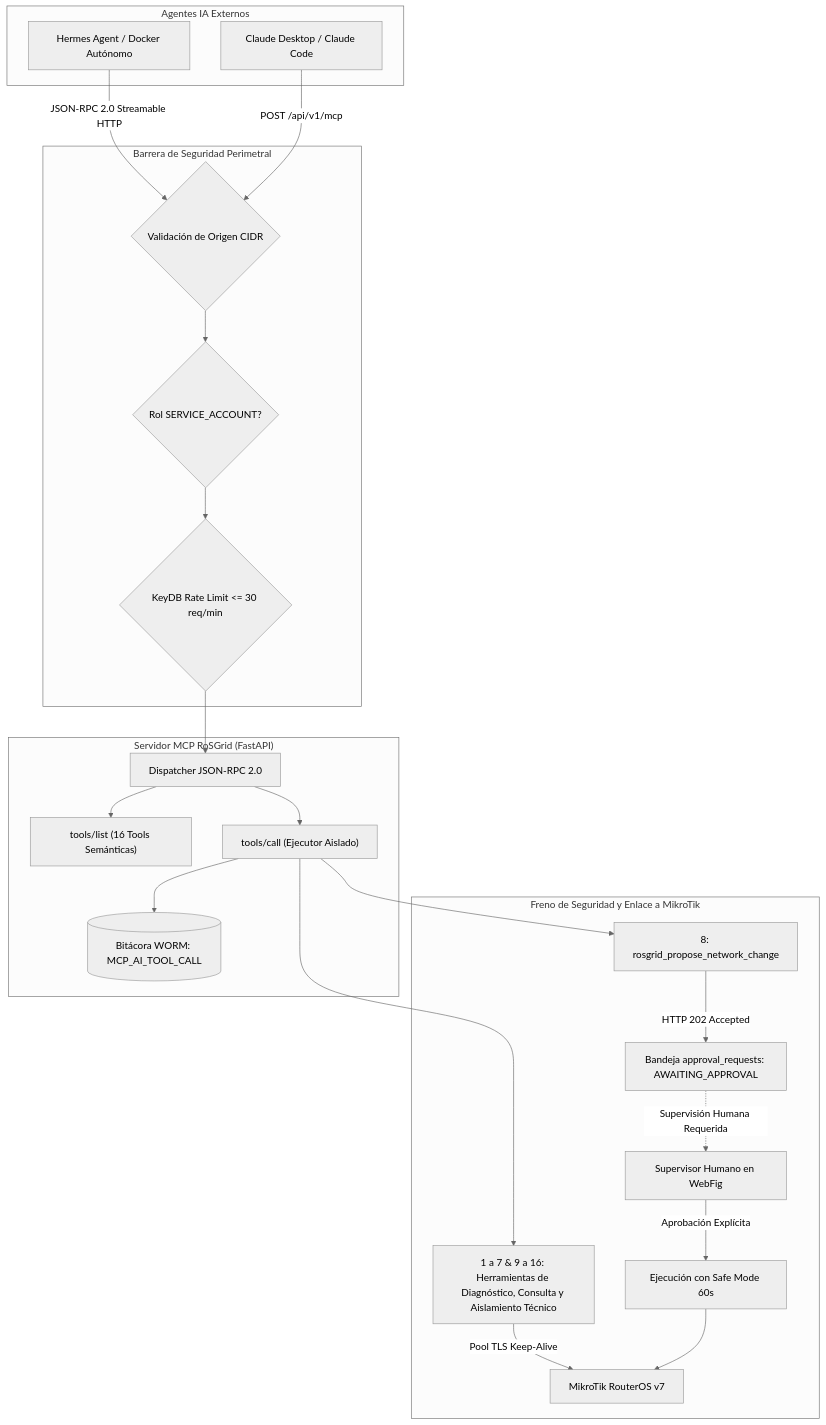
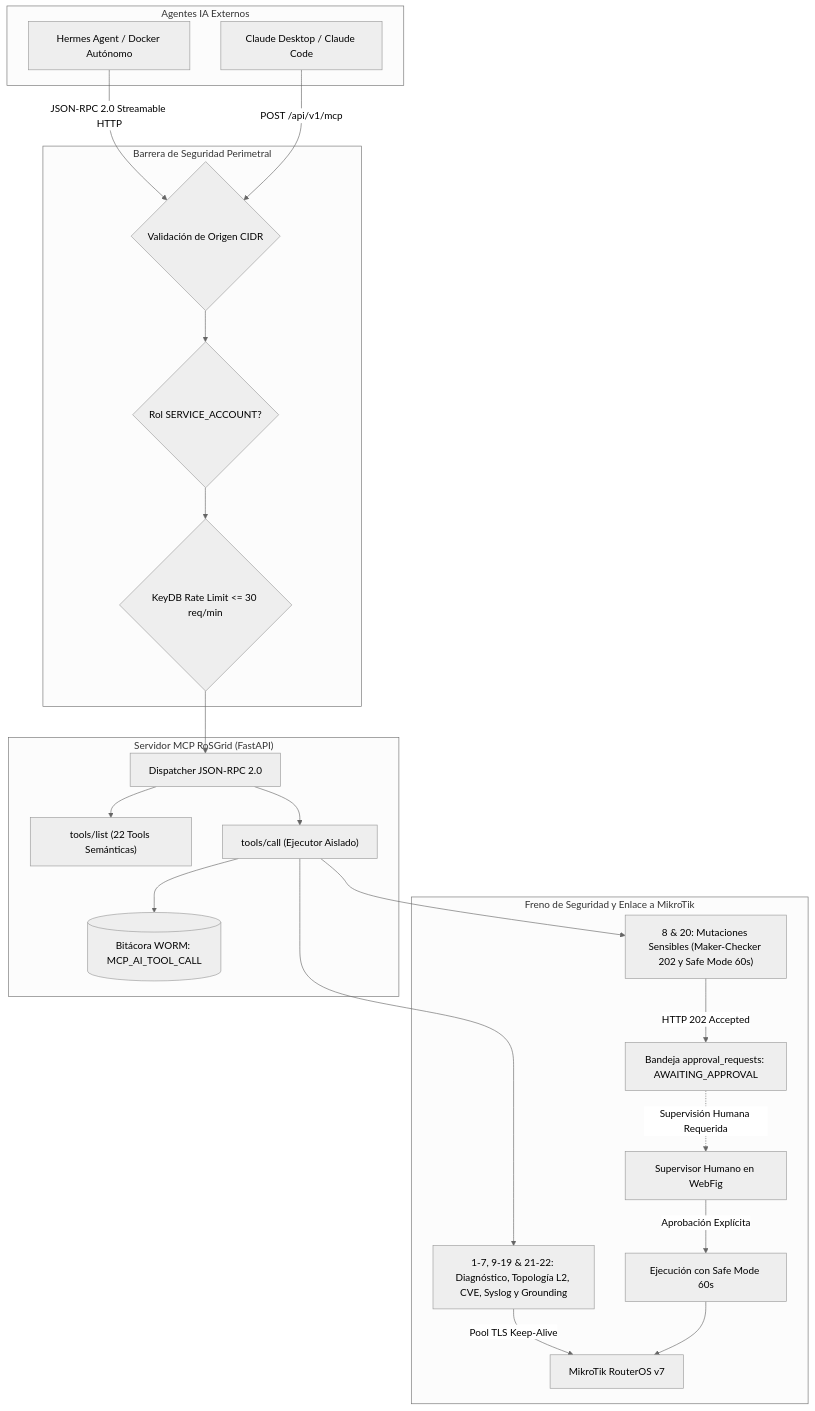
The first of 2 diagrams in docs/07_GUIA_INTEGRACION_IA_MCP_HERMES_Y_CLAUDE.md (tecno-consultores/RoSGrid), drawn with Mermaid (neutral theme) before and after one commit. The commit also changed 13 other files, not shown here.

Commit message:
docs(sync): auditar y unificar politicas mikrotik, contratos front-back y diagramas mcp

````diff
--- a/docs/07_GUIA_INTEGRACION_IA_MCP_HERMES_Y_CLAUDE.md
+++ b/docs/07_GUIA_INTEGRACION_IA_MCP_HERMES_Y_CLAUDE.md
@@ -9,36 +9,36 @@
 ```mermaid
 flowchart TB
     subgraph "Agentes IA Externos"
         Hermes[Hermes Agent / Docker Autónomo]
         Claude[Claude Desktop / Claude Code]
     end
 
     subgraph "Barrera de Seguridad Perimetral"
         CIDR{Validación de Origen CIDR}
         RoleAuth{Rol SERVICE_ACCOUNT?}
         RateLimit{KeyDB Rate Limit <= 30 req/min}
     end
 
     Hermes -->|JSON-RPC 2.0 Streamable HTTP| CIDR
     Claude -->|POST /api/v1/mcp| CIDR
     CIDR --> RoleAuth
     RoleAuth --> RateLimit
 
     subgraph "Servidor MCP RoSGrid (FastAPI)"
         RateLimit --> Dispatcher[Dispatcher JSON-RPC 2.0]
-        Dispatcher --> ToolsList["tools/list (16 Tools Semánticas)"]
+        Dispatcher --> ToolsList["tools/list (22 Tools Semánticas)"]
         Dispatcher --> ToolExec["tools/call (Ejecutor Aislado)"]
         ToolExec --> AuditWORM[(Bitácora WORM: MCP_AI_TOOL_CALL)]
     end
 
     subgraph "Freno de Seguridad y Enlace a MikroTik"
-        ToolExec --> ReadTools[1 a 7 & 9 a 16: Herramientas de Diagnóstico, Consulta y Aislamiento Técnico]
-        ToolExec --> MutationTool[8: rosgrid_propose_network_change]
+        ToolExec --> ReadTools["1-7, 9-19 & 21-22: Diagnóstico, Topología L2, CVE, Syslog y Grounding"]
+        ToolExec --> MutationTools["8 & 20: Mutaciones Sensibles (Maker-Checker 202 y Safe Mode 60s)"]
         
         ReadTools -->|Pool TLS Keep-Alive| MikroTik[MikroTik RouterOS v7]
-        MutationTool -->|HTTP 202 Accepted| MakerChecker[Bandeja approval_requests: AWAITING_APPROVAL]
+        MutationTools -->|HTTP 202 Accepted| MakerChecker[Bandeja approval_requests: AWAITING_APPROVAL]
         MakerChecker -.->|Supervisión Humana Requerida| Supervisor[Supervisor Humano en WebFig]
         Supervisor -->|Aprobación Explícita| SafeMode[Ejecución con Safe Mode 60s]
         SafeMode --> MikroTik
     end
 ```
````
